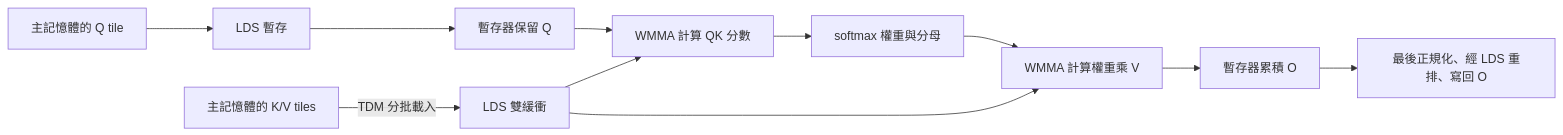
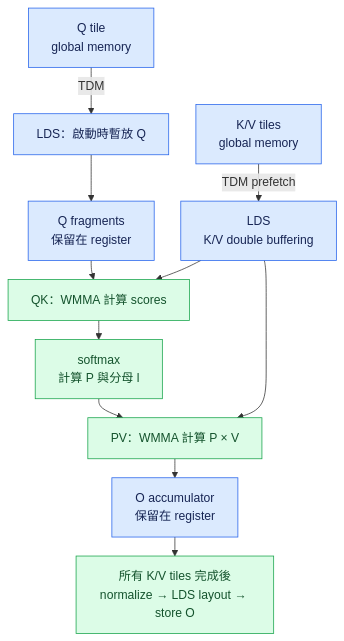
One commit to rocking5566/flash-attention-v4-rocm changed the second of 6 diagrams in DESIGN.md. Above: the diagram before and after it, drawn with Mermaid. The commit also changed other lines of this file, not shown here.

Commit message:
Improve design terminology and add explanatory diagrams

````diff
--- a/DESIGN.md
+++ b/DESIGN.md
@@ -89,13 +109,18 @@
 ```mermaid
-flowchart LR
-    Q[主記憶體的 Q tile] --> QT[LDS 暫存]
-    QT --> QR[暫存器保留 Q]
-    KV[主記憶體的 K/V tiles] -->|TDM 分批載入| LDS[LDS 雙緩衝]
-    QR --> QK[WMMA 計算 QK 分數]
-    LDS --> QK
-    QK --> SM[softmax 權重與分母]
-    SM --> PV[WMMA 計算權重乘 V]
-    LDS --> PV
-    PV --> ACC[暫存器累積 O]
-    ACC --> OUT[最後正規化、經 LDS 重排、寫回 O]
+%%{init: {"flowchart": {"rankSpacing": 25, "nodeSpacing": 35}}}%%
+flowchart TB
+    Q["Q tile<br/>global memory"] -->|TDM| QT["LDS：啟動時暫放 Q"]
+    QT --> QR["Q fragments<br/>保留在 register"]
+    KV["K/V tiles<br/>global memory"] -->|TDM prefetch| DB["LDS<br/>K/V double buffering"]
+    QR --> QK["QK：WMMA 計算 scores"]
+    DB --> QK
+    QK --> SM["softmax<br/>計算 P 與分母 l"]
+    SM --> PV["PV：WMMA 計算 P × V"]
+    DB --> PV
+    PV --> ACC["O accumulator<br/>保留在 register"]
+    ACC --> OUT["所有 K/V tiles 完成後<br/>normalize → LDS layout → store O"]
+    classDef memory fill:#dbeafe,stroke:#2563eb,color:#172554
+    classDef compute fill:#dcfce7,stroke:#16a34a,color:#14532d
+    class Q,KV,QT,QR,DB,ACC memory
+    class QK,SM,PV,OUT compute
 ```
````
